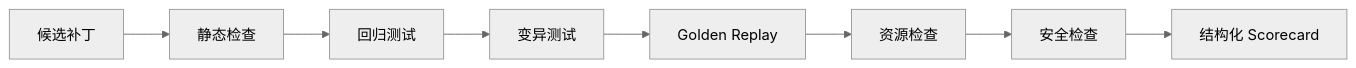
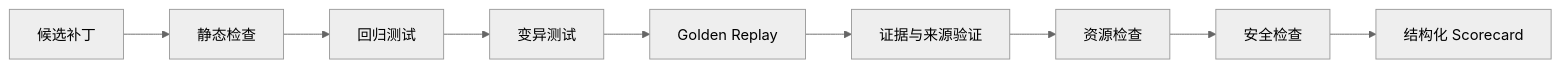
Before and after one commit to Mazha0309/the-evil-repository: the second of 2 diagrams in DESIGN.zh-CN.md, drawn with Mermaid (neutral theme). The commit also changed other lines of this file and 54 other files, not shown here.

````diff
--- a/DESIGN.zh-CN.md
+++ b/DESIGN.zh-CN.md
@@ -336,10 +411,11 @@
 ```mermaid
 flowchart LR
     PATCH[候选补丁] --> STATIC[静态检查]
     STATIC --> REG[回归测试]
     REG --> MUT[变异测试]
     MUT --> GOLD[Golden Replay]
-    GOLD --> RES[资源检查]
+    GOLD --> PROV[证据与来源验证]
+    PROV --> RES[资源检查]
     RES --> SEC[安全检查]
     SEC --> SCORE[结构化 Scorecard]
 ```
````
